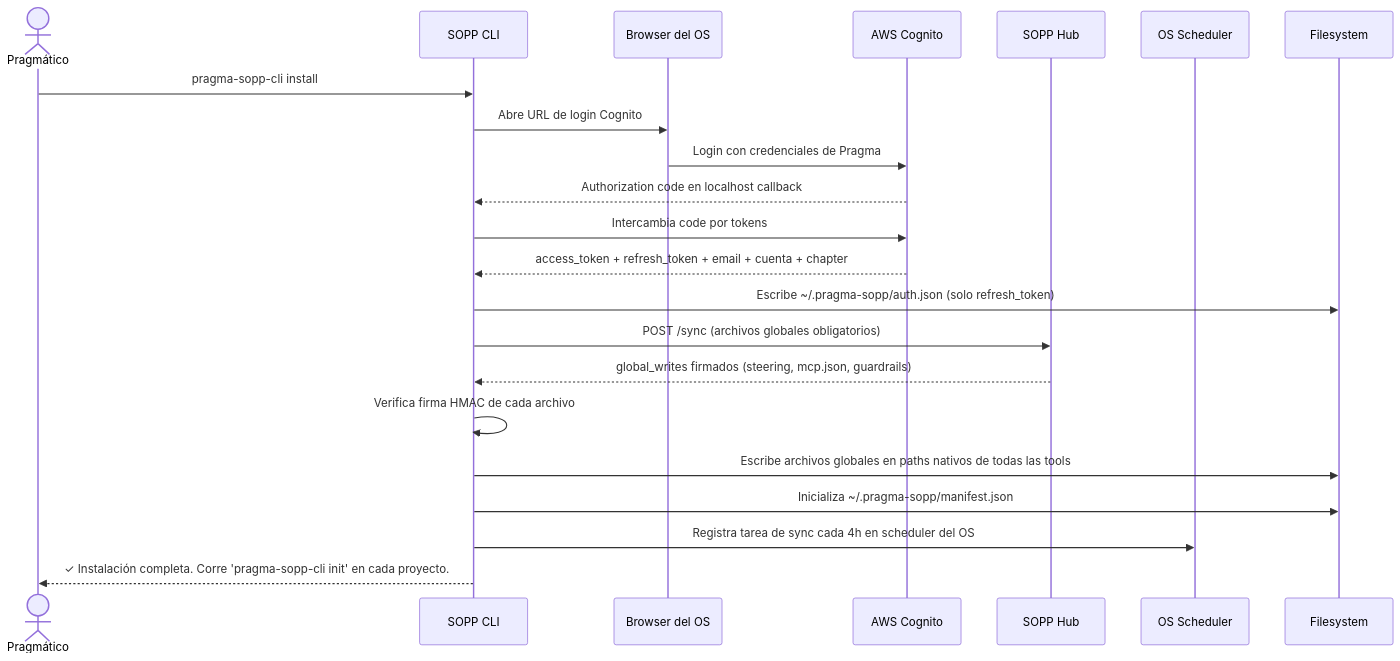
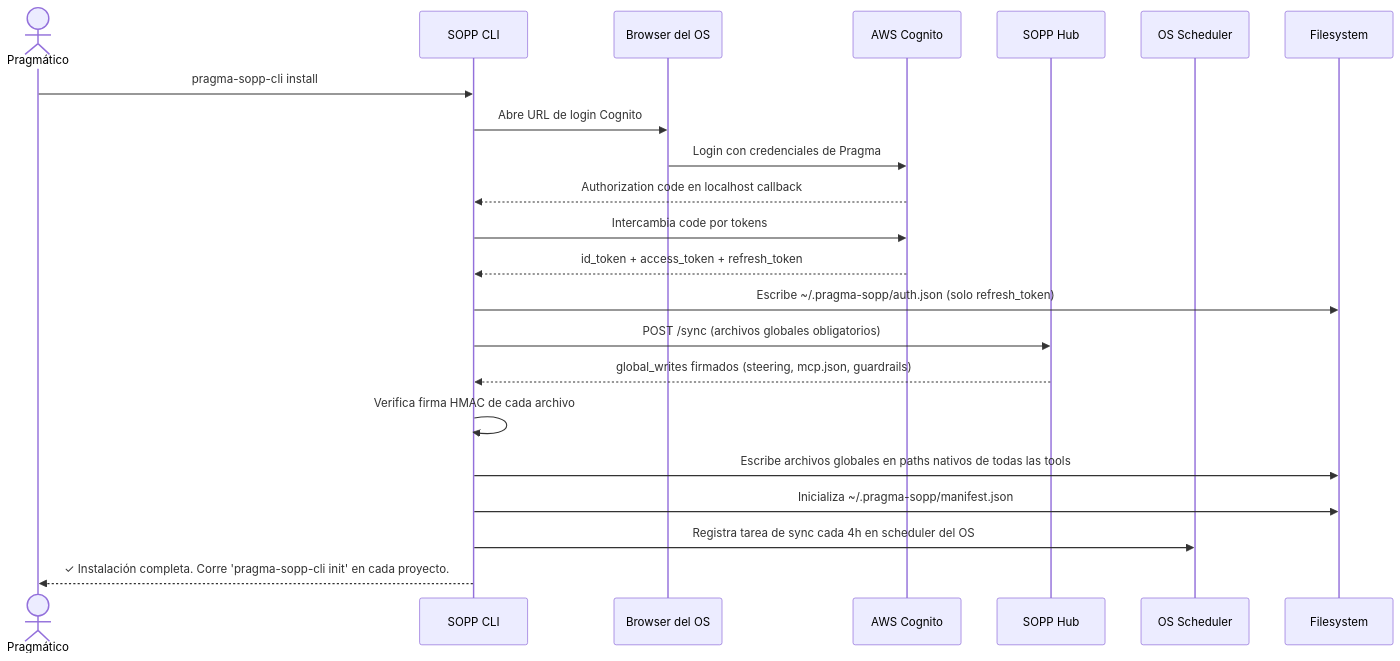
The sixth of 12 diagrams in docs/c4.md (somospragma/pragma-ai-hub-knowledge-core), drawn with Mermaid before and after one commit. The commit also changed 2 other files, not shown here.

````diff
--- a/docs/c4.md
+++ b/docs/c4.md
@@ -670,25 +670,25 @@
 ```mermaid
 sequenceDiagram
     actor P as Pragmático
     participant CLI as SOPP CLI
     participant Browser as Browser del OS
     participant Cognito as AWS Cognito
     participant Hub as SOPP Hub
     participant OS as OS Scheduler
     participant FS as Filesystem
 
     P->>CLI: pragma-sopp-cli install
     CLI->>Browser: Abre URL de login Cognito
     Browser->>Cognito: Login con credenciales de Pragma
     Cognito-->>CLI: Authorization code en localhost callback
     CLI->>Cognito: Intercambia code por tokens
-    Cognito-->>CLI: access_token + refresh_token + email + cuenta + chapter
+    Cognito-->>CLI: id_token + access_token + refresh_token
     CLI->>FS: Escribe ~/.pragma-sopp/auth.json (solo refresh_token)
     CLI->>Hub: POST /sync (archivos globales obligatorios)
     Hub-->>CLI: global_writes firmados (steering, mcp.json, guardrails)
     CLI->>CLI: Verifica firma HMAC de cada archivo
     CLI->>FS: Escribe archivos globales en paths nativos de todas las tools
     CLI->>FS: Inicializa ~/.pragma-sopp/manifest.json
     CLI->>OS: Registra tarea de sync cada 4h en scheduler del OS
     CLI-->>P: ✓ Instalación completa. Corre 'pragma-sopp-cli init' en cada proyecto.
 ```
````
